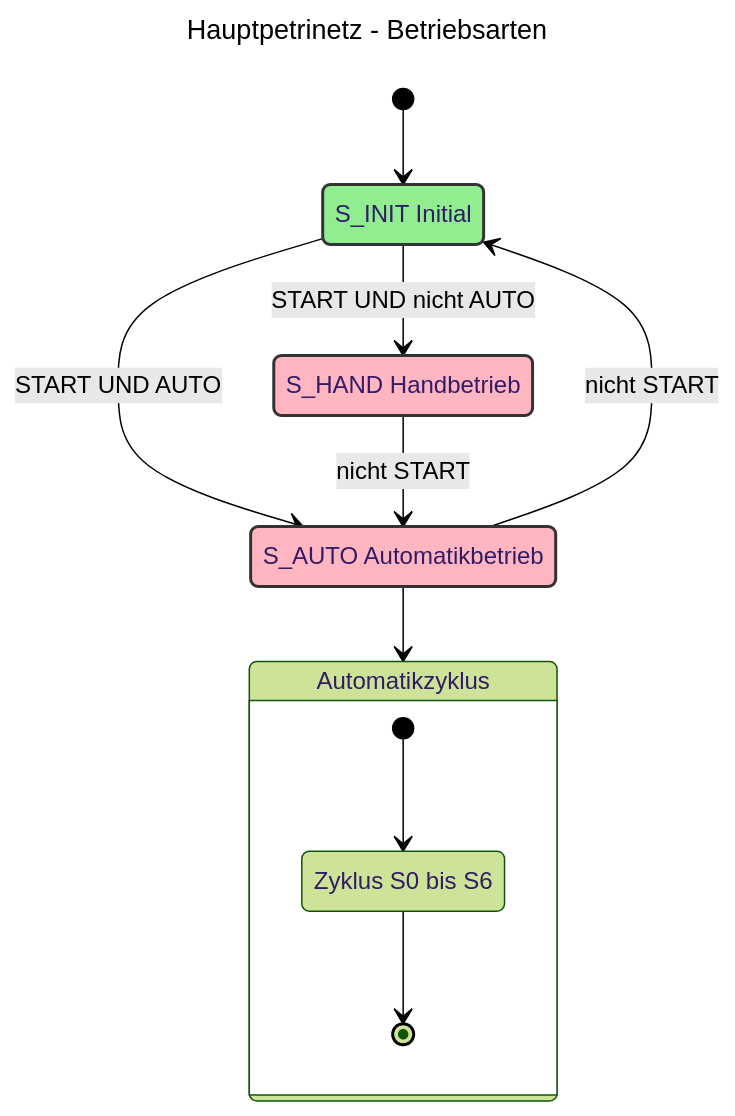
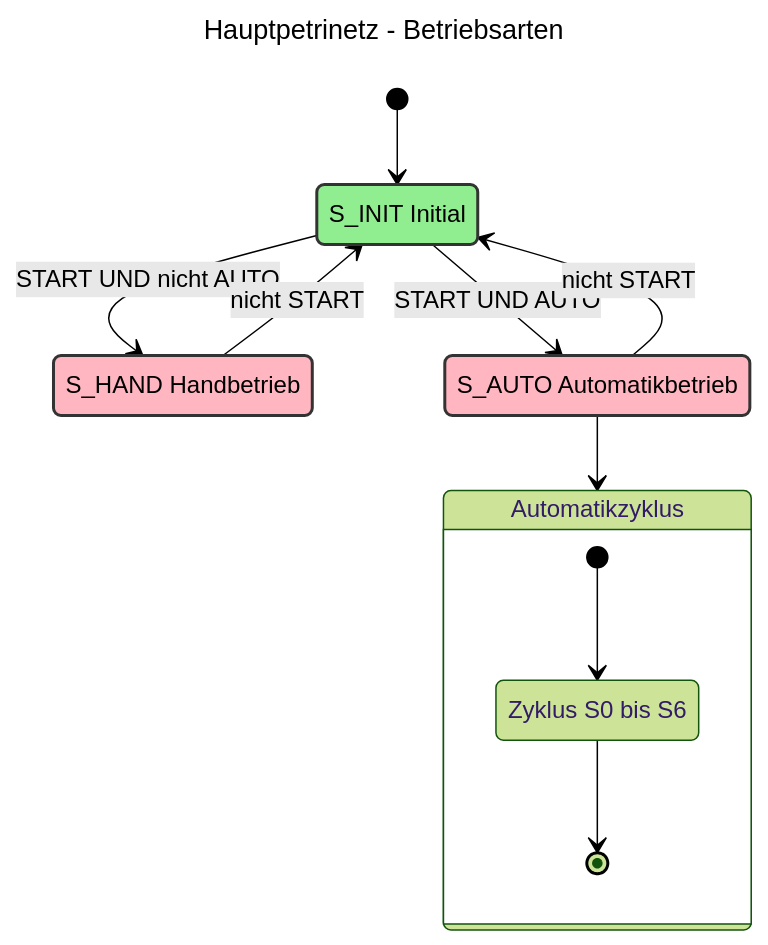
Before and after one commit to goldjunge91/ATP_Labor2: the first of 9 diagrams in Petrinetz_Grafiken.md, drawn with Mermaid (forest theme). The commit also changed other lines of this file, not shown here.

Commit message:
Farbdefinitionen in Petrinetz-Diagrammen für bessere Lesbarkeit und Konsistenz

````diff
--- a/Petrinetz_Grafiken.md
+++ b/Petrinetz_Grafiken.md
@@ -5,31 +5,31 @@
 ```mermaid
 ---
 title: Hauptpetrinetz - Betriebsarten
 ---
 stateDiagram-v2
     direction TB
     
-    classDef initialState fill:#90EE90,stroke:#333,stroke-width:2px
-    classDef activeState fill:#FFB6C1,stroke:#333,stroke-width:2px
+    classDef initialState fill:#90EE90,stroke:#333,stroke-width:2px, color:#000000
+    classDef activeState fill:#FFB6C1,stroke:#333,stroke-width:2px, color:#000000
 
     [*] --> S_INIT
     S_INIT: S_INIT Initial
     S_HAND: S_HAND Handbetrieb
     S_AUTO: S_AUTO Automatikbetrieb
     
     S_INIT --> S_HAND : START UND nicht AUTO
     S_INIT --> S_AUTO : START UND AUTO
-    S_HAND --> S_AUTO : nicht START
+    S_HAND --> S_INIT : nicht START
     S_AUTO --> S_INIT : nicht START
     
     S_AUTO --> Automatikzyklus
     
     state Automatikzyklus {
         [*] --> ZyklusAktiv
         ZyklusAktiv: Zyklus S0 bis S6
         ZyklusAktiv --> [*]
     }
     
     class S_INIT initialState
     class S_HAND,S_AUTO activeState
 ```
````
